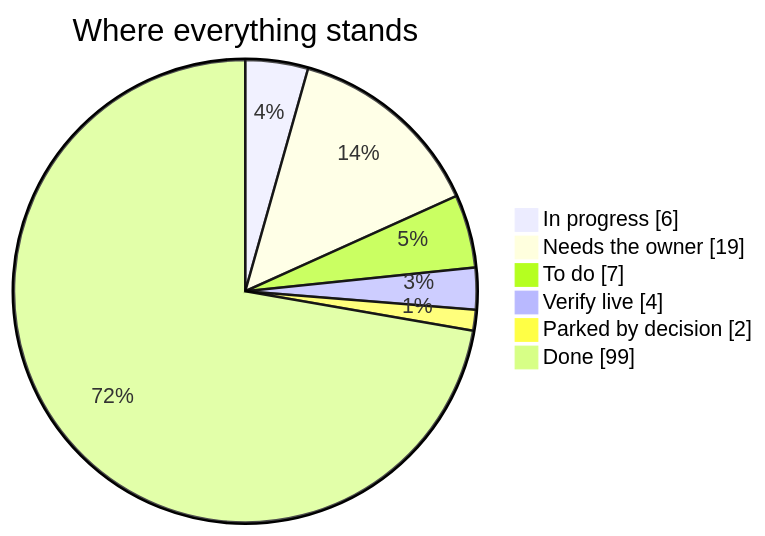
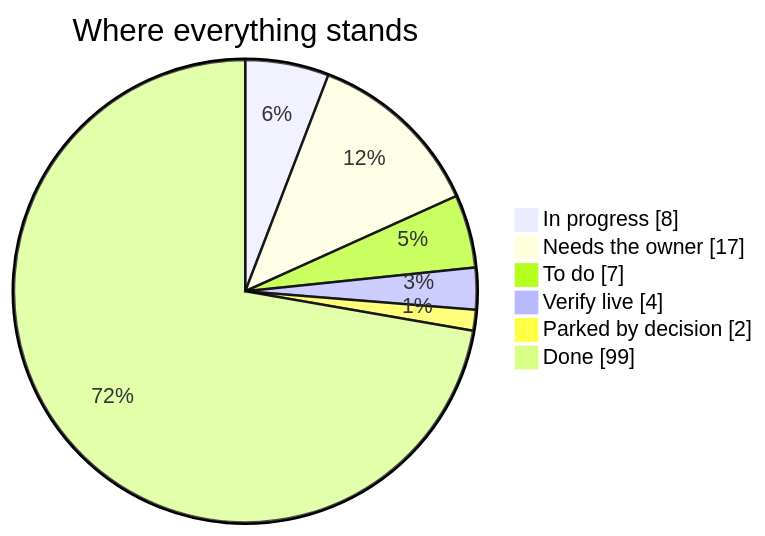
Before and after one commit to divitkej/gradlink: the diagram in launch-board/README.md, drawn with Mermaid. The commit also changed other lines of this file and 4 other files, not shown here.

````diff
--- a/launch-board/README.md
+++ b/launch-board/README.md
@@ -11,10 +11,10 @@
 ```mermaid
 pie showData
   title Where everything stands
-  "In progress" : 6
-  "Needs the owner" : 19
+  "In progress" : 8
+  "Needs the owner" : 17
   "To do" : 7
   "Verify live" : 4
   "Parked by decision" : 2
   "Done" : 99
 ```
````
